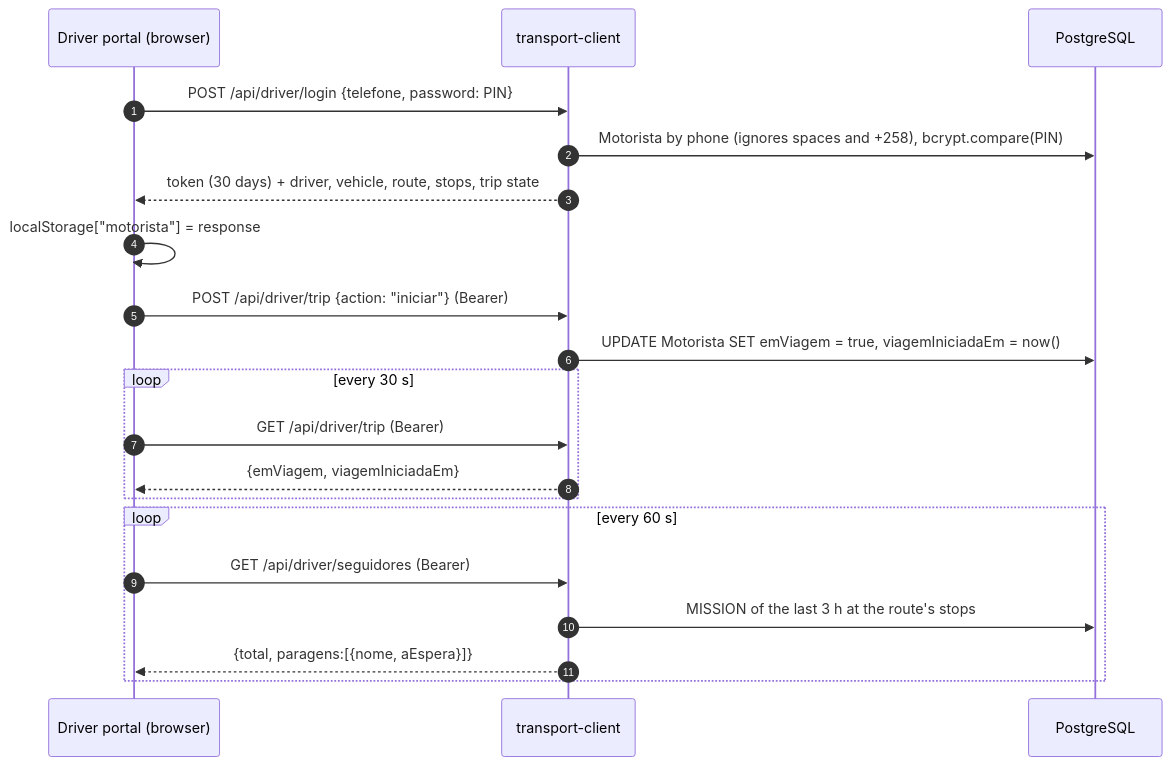
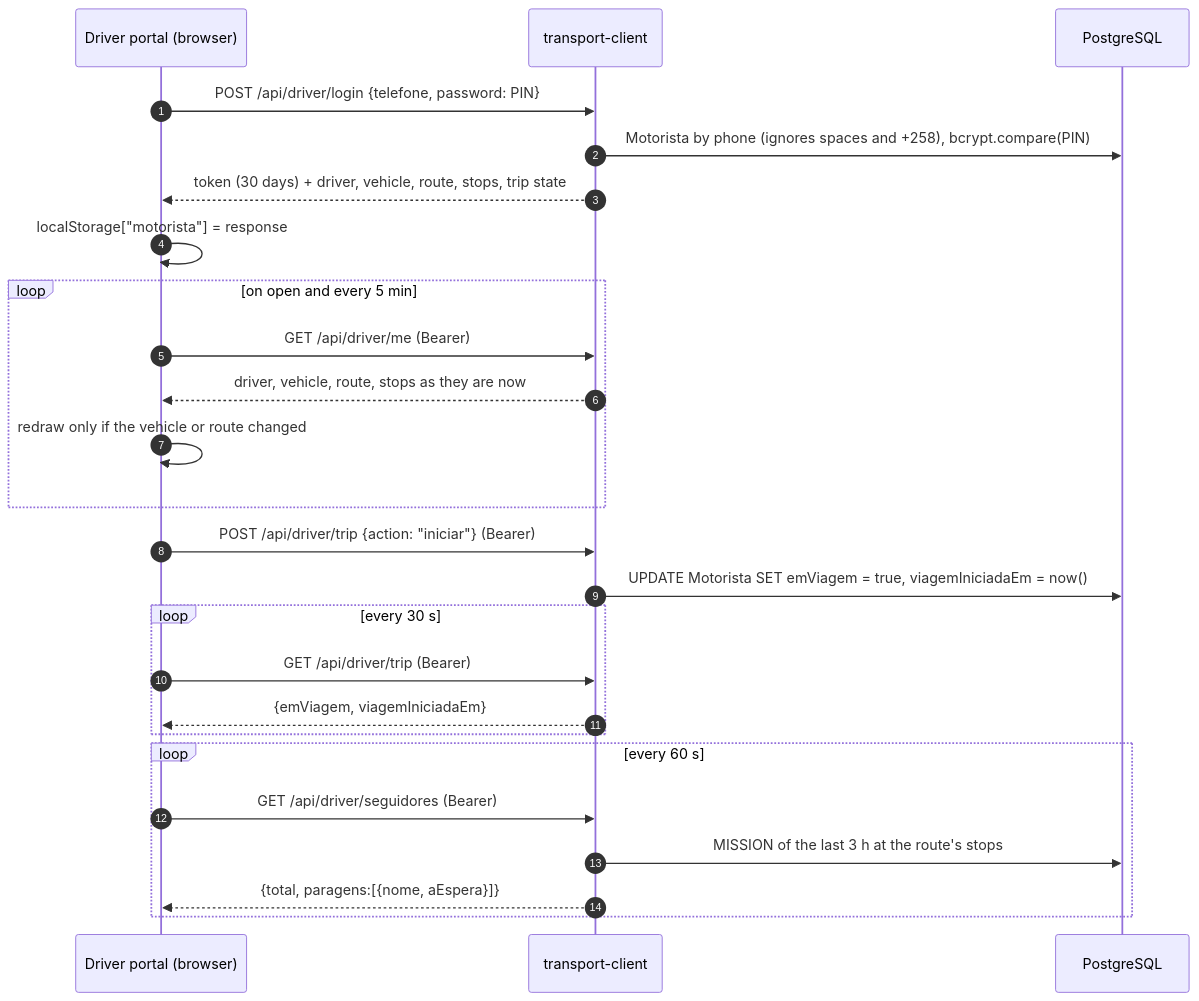
The sixth of 8 diagrams in docs/data-flow.md (transportmozambique/Transport-Mozambique), drawn with Mermaid before and after one commit. The commit also changed other lines of this file and 68 other files, not shown here.

````diff
--- a/docs/data-flow.md
+++ b/docs/data-flow.md
@@ -177,22 +179,27 @@
 ```mermaid
 sequenceDiagram
   autonumber
   participant D as Driver portal (browser)
   participant C as transport-client
   participant DB as PostgreSQL
   D->>C: POST /api/driver/login {telefone, password: PIN}
   C->>DB: Motorista by phone (ignores spaces and +258), bcrypt.compare(PIN)
   C-->>D: token (30 days) + driver, vehicle, route, stops, trip state
   D->>D: localStorage["motorista"] = response
+  loop on open and every 5 min
+    D->>C: GET /api/driver/me (Bearer)
+    C-->>D: driver, vehicle, route, stops as they are now
+    D->>D: redraw only if the vehicle or route changed
+  end
   D->>C: POST /api/driver/trip {action: "iniciar"} (Bearer)
   C->>DB: UPDATE Motorista SET emViagem = true, viagemIniciadaEm = now()
   loop every 30 s
     D->>C: GET /api/driver/trip (Bearer)
     C-->>D: {emViagem, viagemIniciadaEm}
   end
   loop every 60 s
     D->>C: GET /api/driver/seguidores (Bearer)
     C->>DB: MISSION of the last 3 h at the route's stops
     C-->>D: {total, paragens:[{nome, aEspera}]}
   end
 ```
````
